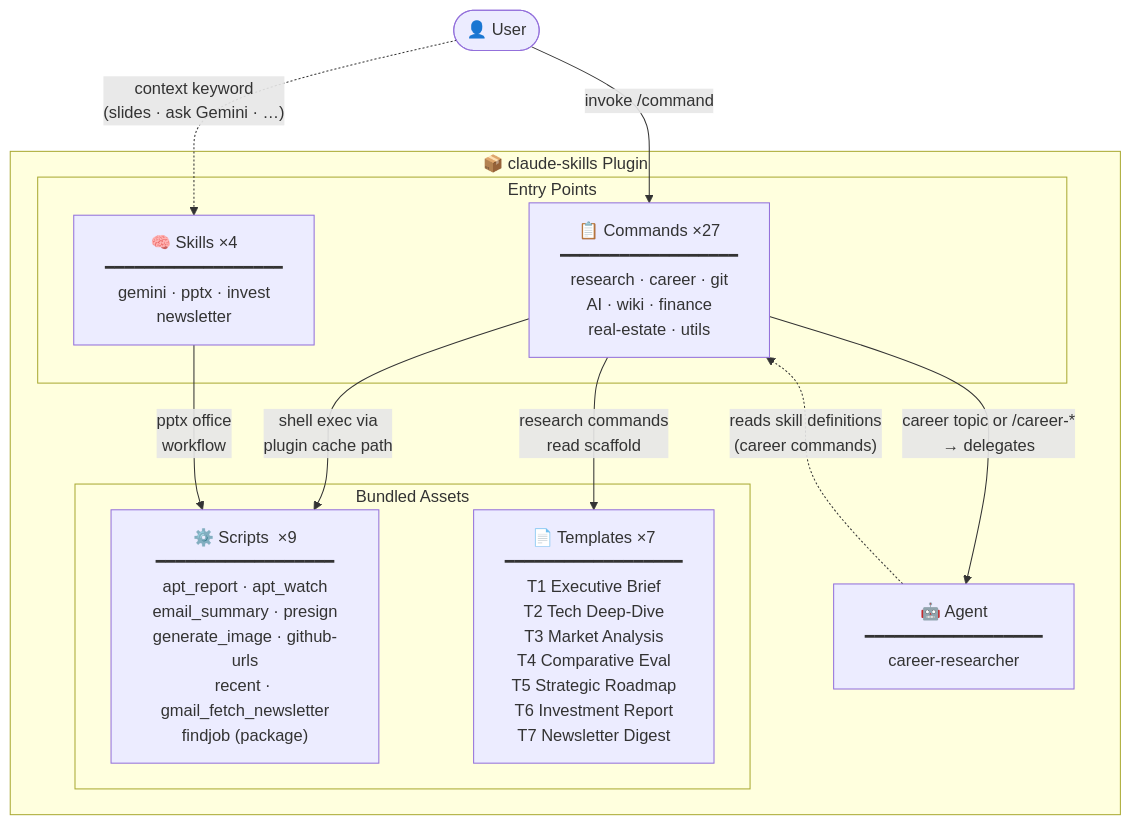
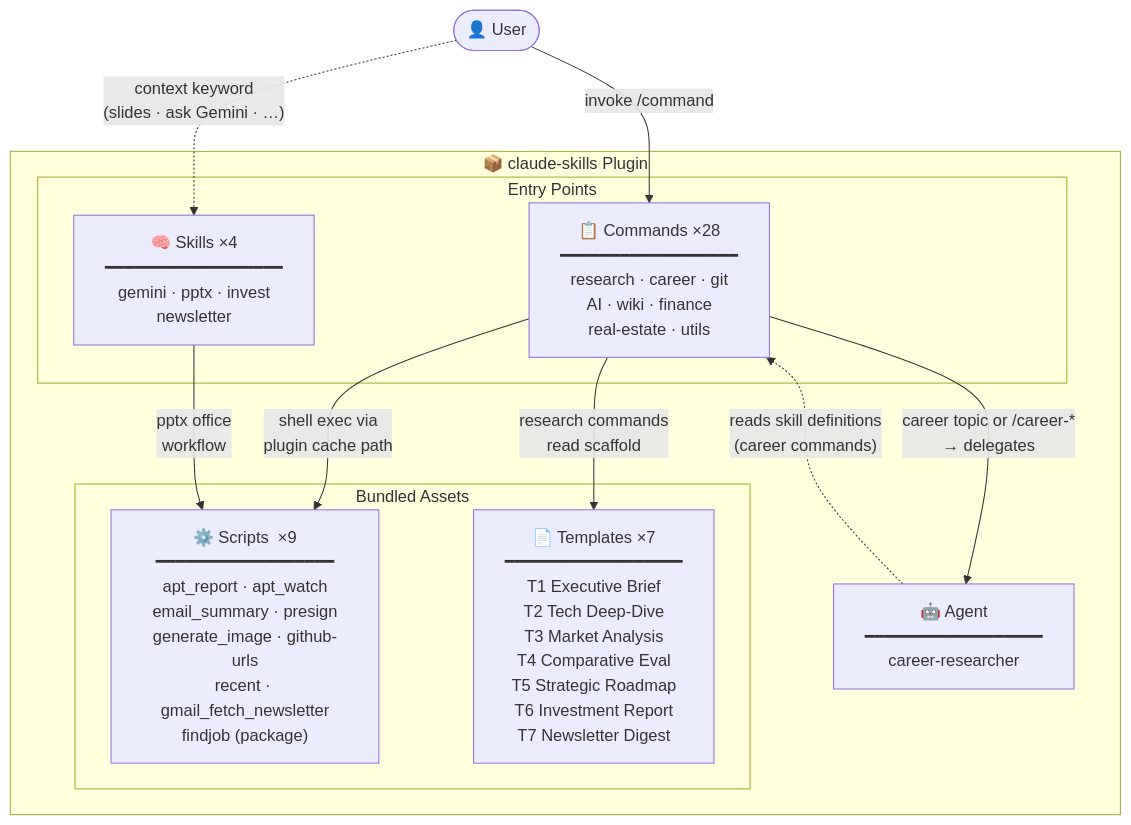
One commit to liks79/claude-skills changed the diagram in README.md. Above: the diagram before and after it, drawn with Mermaid. The commit also changed other lines of this file and 11 other files, not shown here.

````diff
--- a/README.md
+++ b/README.md
@@ -14,27 +14,27 @@
 ```mermaid
 flowchart TD
     User(["👤 User"])
 
     subgraph Plugin["📦  claude-skills  Plugin"]
         subgraph Entry["Entry Points"]
-            CMDS["📋 Commands  ×27\n━━━━━━━━━━━━━━━━━━\nresearch · career · git\nAI · wiki · finance\nreal-estate · utils"]
+            CMDS["📋 Commands  ×28\n━━━━━━━━━━━━━━━━━━\nresearch · career · git\nAI · wiki · finance\nreal-estate · utils"]
             SKILLS["🧠 Skills  ×4\n━━━━━━━━━━━━━━━━━━\ngemini  ·  pptx  ·  invest\nnewsletter"]
         end
 
         AGENT["🤖 Agent\n━━━━━━━━━━━━━━━━━━\ncareer-researcher"]
 
         subgraph Assets["Bundled Assets"]
             SCRIPTS["⚙️ Scripts  ×9\n━━━━━━━━━━━━━━━━━━\napt_report · apt_watch\nemail_summary · presign\ngenerate_image · github-urls\nrecent · gmail_fetch_newsletter\nfindjob (package)"]
             TMPLS["📄 Templates  ×7\n━━━━━━━━━━━━━━━━━━\nT1 Executive Brief\nT2 Tech Deep-Dive\nT3 Market Analysis\nT4 Comparative Eval\nT5 Strategic Roadmap\nT6 Investment Report\nT7 Newsletter Digest"]
         end
     end
 
     User -->|"invoke /command"| CMDS
     User -. "context keyword\n(slides · ask Gemini · …)" .-> SKILLS
 
     CMDS -->|"career topic or /career-*\n→ delegates"| AGENT
     AGENT -. "reads skill definitions\n(career commands)" .-> CMDS
     CMDS -->|"shell exec via\nplugin cache path"| SCRIPTS
     CMDS -->|"research commands\nread scaffold"| TMPLS
     SKILLS -->|"pptx office\nworkflow"| SCRIPTS
 ```
````
